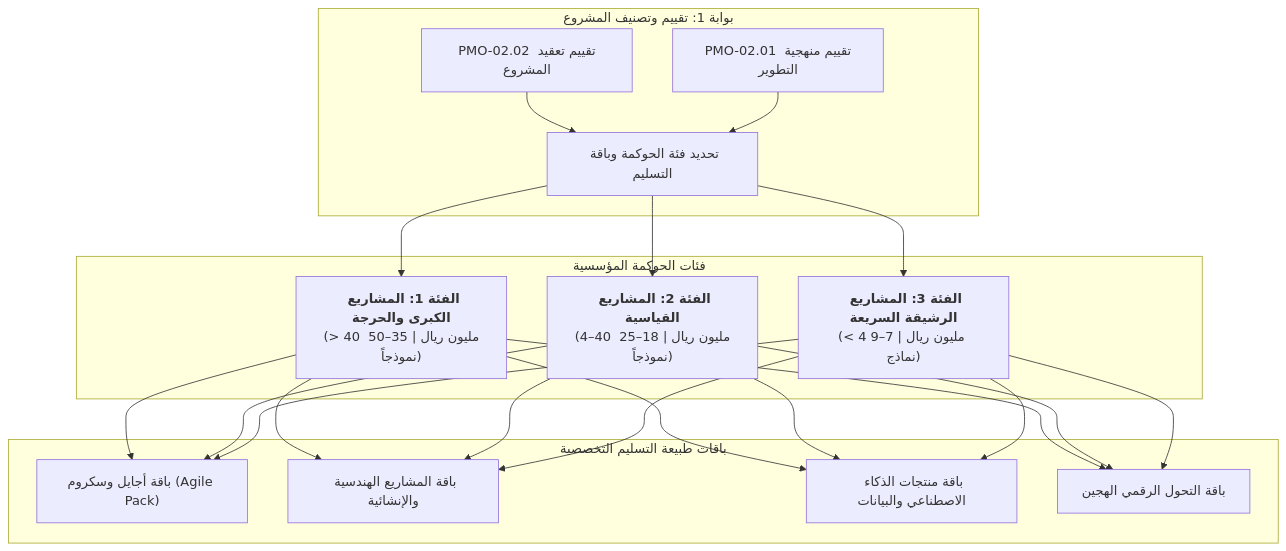
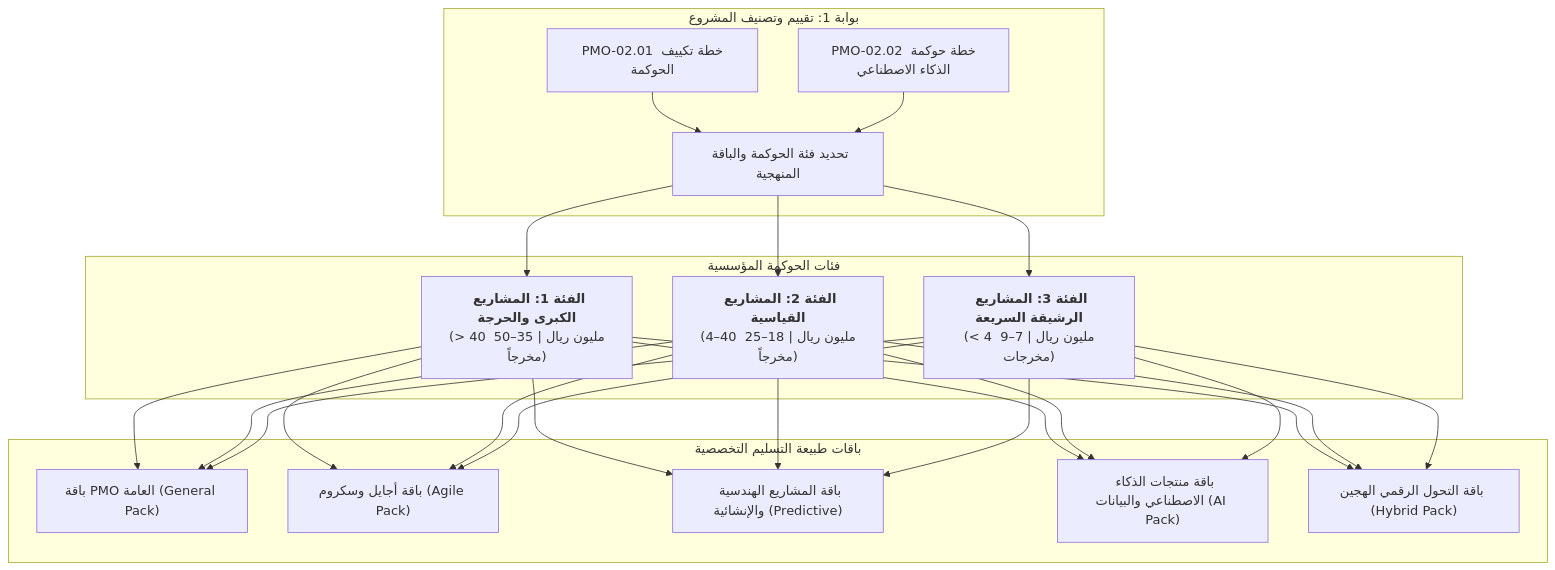
The diagram in docs/ar/05_tailoring_profiles.md (fakhruldeen/Tasleemat), drawn with Mermaid before and after one commit. The commit also changed other lines of this file and 48 other files, not shown here.

````diff
--- a/docs/ar/05_tailoring_profiles.md
+++ b/docs/ar/05_tailoring_profiles.md
@@ -33,22 +33,23 @@
 ```mermaid
 flowchart TD
     subgraph Assessment["بوابة 1: تقييم وتصنيف المشروع"]
-        C1["PMO-02.02 تقييم تعقيد المشروع"]
-        C2["PMO-02.01 تقييم منهجية التطوير"]
-        C1 --> Decision["تحديد فئة الحوكمة وباقة التسليم"]
+        C1["PMO-02.01 خطة تكييف الحوكمة"]
+        C2["PMO-02.02 خطة حوكمة الذكاء الاصطناعي"]
+        C1 --> Decision["تحديد فئة الحوكمة والباقة المنهجية"]
         C2 --> Decision
     end
 
     subgraph Tiers["فئات الحوكمة المؤسسية"]
-        Decision --> T1["<b>الفئة 1: المشاريع الكبرى والحرجة</b><br/>(> 40 مليون ريال | 35–50 نموذجاً)"]
-        Decision --> T2["<b>الفئة 2: المشاريع القياسية</b><br/>(4–40 مليون ريال | 18–25 نموذجاً)"]
-        Decision --> T3["<b>الفئة 3: المشاريع الرشيقة السريعة</b><br/>(< 4 مليون ريال | 7–9 نماذج)"]
+        Decision --> T1["<b>الفئة 1: المشاريع الكبرى والحرجة</b><br/>(> 40 مليون ريال | 35–50 مخرجاً)"]
+        Decision --> T2["<b>الفئة 2: المشاريع القياسية</b><br/>(4–40 مليون ريال | 18–25 مخرجاً)"]
+        Decision --> T3["<b>الفئة 3: المشاريع الرشيقة السريعة</b><br/>(< 4 مليون ريال | 7–9 مخرجات)"]
     end
 
     subgraph Packs["باقات طبيعة التسليم التخصصية"]
+        T1 & T2 & T3 --> P0["باقة PMO العامة (General Pack)"]
         T1 & T2 & T3 --> P1["باقة أجايل وسكروم (Agile Pack)"]
-        T1 & T2 & T3 --> P2["باقة المشاريع الهندسية والإنشائية"]
-        T1 & T2 & T3 --> P3["باقة منتجات الذكاء الاصطناعي والبيانات"]
-        T1 & T2 & T3 --> P4["باقة التحول الرقمي الهجين"]
+        T1 & T2 & T3 --> P2["باقة المشاريع الهندسية والإنشائية (Predictive)"]
+        T1 & T2 & T3 --> P3["باقة منتجات الذكاء الاصطناعي والبيانات (AI Pack)"]
+        T1 & T2 & T3 --> P4["باقة التحول الرقمي الهجين (Hybrid Pack)"]
     end
 ```
````
